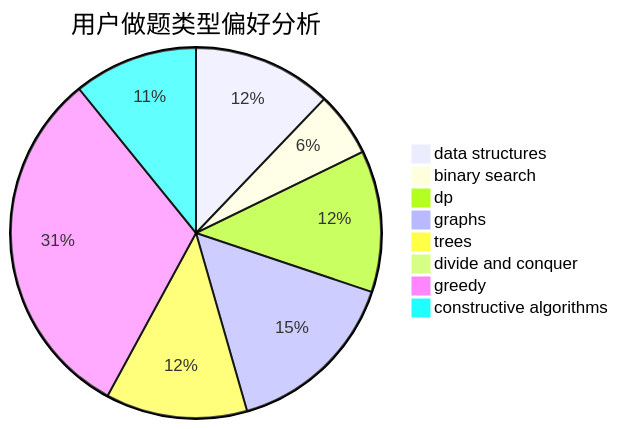
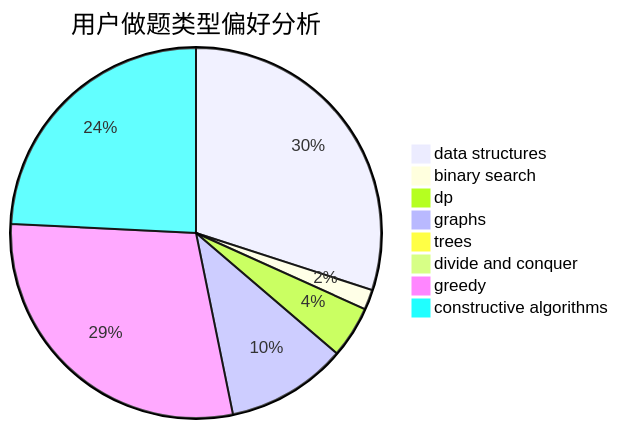
Before and after one commit to sherpahu/cfrs.github.io: the second of 3 diagrams in docs/user/u1203.md, drawn with Mermaid. The commit also changed other lines of this file and 2770 other files, not shown here.

````diff
--- a/docs/user/u1203.md
+++ b/docs/user/u1203.md
@@ -23,11 +23,11 @@
 ```mermaid
 pie title 用户做题类型偏好分析
-    "data structures" :  56
-    "binary search" :  26
-    "dp" :  57
-    "graphs" :  71
-    "trees" :  57
+    "data structures" :  239
+    "binary search" :  14
+    "dp" :  36
+    "graphs" :  84
+    "trees" :  4
     "divide and conquer" :  0
-    "greedy" :  144
-    "constructive algorithms" :  50
+    "greedy" :  231
+    "constructive algorithms" :  193
 ```
````
